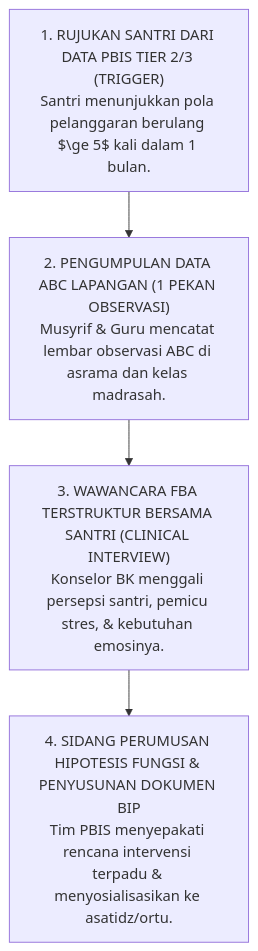
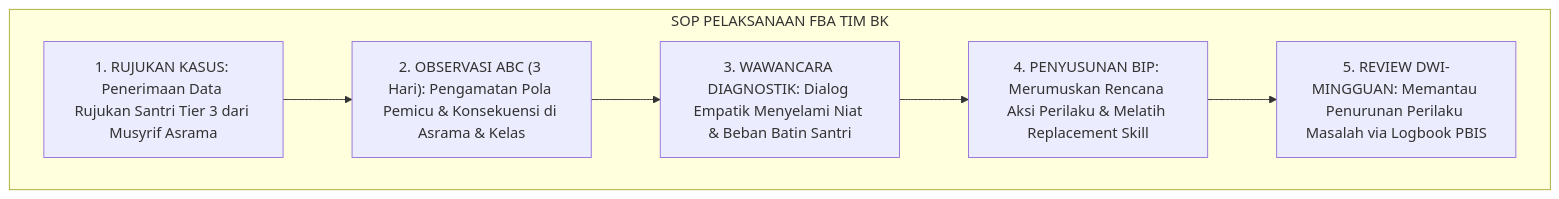
One commit to wandiapriliyandi/tumbuh changed the third of 3 diagrams in 02 Principles/06 Intervention Principles/P2-06-02-Prinsip-Functional-Behavior-Assessment.md. Above: the diagram before and after it, drawn with Mermaid. The commit also changed other lines of this file and 7 other files, not shown here.

````diff
--- a/02 Principles/06 Intervention Principles/P2-06-02-Prinsip-Functional-Behavior-Assessment.md
+++ b/02 Principles/06 Intervention Principles/P2-06-02-Prinsip-Functional-Behavior-Assessment.md
@@ -233,12 +184,10 @@
 ```mermaid
 flowchart TD
-    FBA1["1. RUJUKAN SANTRI DARI DATA PBIS TIER 2/3 (TRIGGER)<br/>Santri menunjukkan pola pelanggaran berulang $\ge 5$ kali dalam 1 bulan."]
-    
-    FBA2["2. PENGUMPULAN DATA ABC LAPANGAN (1 PEKAN OBSERVASI)<br/>Musyrif & Guru mencatat lembar observasi ABC di asrama dan kelas madrasah."]
-    
-    FBA3["3. WAWANCARA FBA TERSTRUKTUR BERSAMA SANTRI (CLINICAL INTERVIEW)<br/>Konselor BK menggali persepsi santri, pemicu stres, & kebutuhan emosinya."]
-    
-    FBA4["4. SIDANG PERUMUSAN HIPOTESIS FUNGSI & PENYUSUNAN DOKUMEN BIP<br/>Tim PBIS menyepakati rencana intervensi terpadu & menyosialisasikan ke asatidz/ortu."]
-    
-    FBA1 --> FBA2 --> FBA3 --> FBA4
+    subgraph SOPPelaksanaanFBA["SOP PELAKSANAAN FBA TIM BK"]
+        RujukanKasus["1. RUJUKAN KASUS: Penerimaan Data Rujukan Santri Tier 3 dari Musyrif Asrama"]
+        --> ObservasiABC["2. OBSERVASI ABC (3 Hari): Pengamatan Pola Pemicu & Konsekuensi di Asrama & Kelas"]
+        --> WawancaraDiagnostik["3. WAWANCARA DIAGNOSTIK: Dialog Empatik Menyelami Niat & Beban Batin Santri"]
+        --> PerumusanBIP["4. PENYUSUNAN BIP: Merumuskan Rencana Aksi Perilaku & Melatih Replacement Skill"]
+        --> EvaluasiBerkala["5. REVIEW DWI-MINGGUAN: Memantau Penurunan Perilaku Masalah via Logbook PBIS"]
+    end
 ```
````
